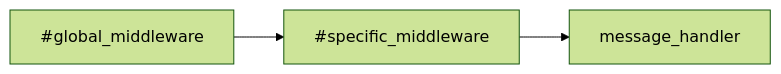
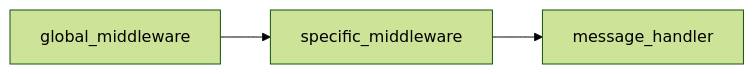
Before and after one commit to nutgram/nutgram: the diagram in docs/usage/middleware.md, drawn with Mermaid (forest theme). The commit also changed 5 other files, not shown here.

````diff
--- a/docs/usage/middleware.md
+++ b/docs/usage/middleware.md
@@ -35,5 +35,5 @@
 ```mermaid
 graph LR
-    #global_middleware-->#specific_middleware
-    #specific_middleware-->message_handler
+    global_middleware-->specific_middleware
+    specific_middleware-->message_handler
 ```
````
